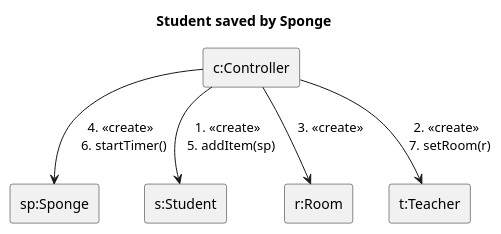
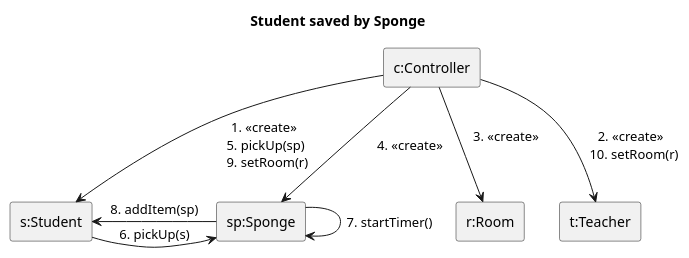
One commit to MBakter/echo changed the diagram in docs/communication_diagrams/sponge_save.plantuml. Above: the diagram before and after it, drawn with PlantUML. The commit also changed 8 other files, not shown here.

```diff
--- a/docs/communication_diagrams/sponge_save.plantuml
+++ b/docs/communication_diagrams/sponge_save.plantuml
@@ -1,14 +1,17 @@
 @startuml ser
 title Student saved by Sponge
 rectangle "c:Controller" as c
 rectangle "sp:Sponge" as sp
 rectangle "s:Student" as s
 rectangle "r:Room" as r
 rectangle "t:Teacher" as t
 
-c --> s: 1. <<create>> \n 5. addItem(sp)
-c --> t: 2. <<create>> \n 7. setRoom(r)
+c --> s: 1. <<create>> \n 5. pickUp(sp) \n 9. setRoom(r)
+s -> sp : 6. pickUp(s)
+sp -> s : 8. addItem(sp)
+sp -> sp : 7. startTimer()
+c --> t: 2. <<create>> \n 10. setRoom(r)
 c --> r: 3. <<create>> \n 
-c --> sp : 4. <<create>> \n 6. startTimer()
+c --> sp : 4. <<create>>
 
 @enduml
```
